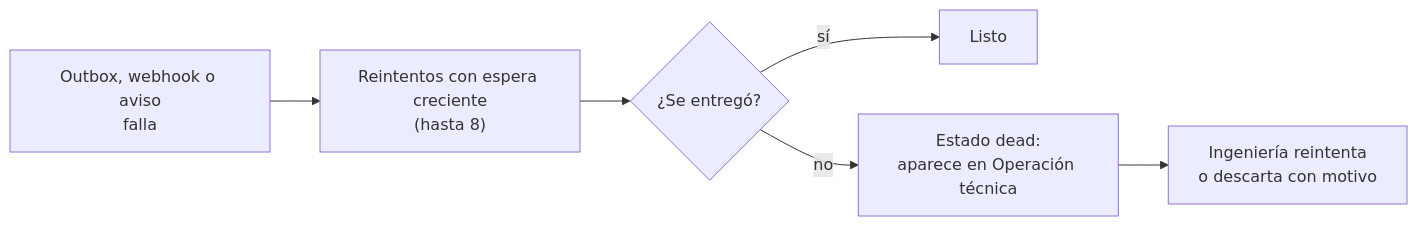
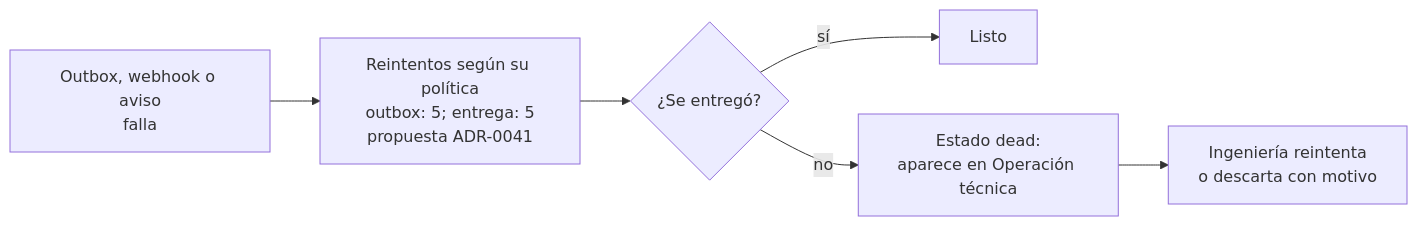
One commit to NexusThrive/nexusthrive changed the seventh of 7 diagrams in docs/02-arquitectura/plataforma/flujos.md. Above: the diagram before and after it, drawn with Mermaid. The commit also changed other lines of this file and 7 other files, not shown here.

````diff
--- a/docs/02-arquitectura/plataforma/flujos.md
+++ b/docs/02-arquitectura/plataforma/flujos.md
@@ -156,8 +158,8 @@
 ```mermaid
 flowchart LR
-    A["Outbox, webhook o aviso<br/>falla"] --> B["Reintentos con espera creciente<br/>(hasta 8)"]
+    A["Outbox, webhook o aviso<br/>falla"] --> B["Reintentos según su política<br/>outbox: 5; entrega: 5<br/>propuesta ADR-0041"]
     B --> C{"¿Se entregó?"}
     C -->|"sí"| D["Listo"]
     C -->|"no"| E["Estado dead:<br/>aparece en Operación técnica"]
     E --> F["Ingeniería reintenta<br/>o descarta con motivo"]
 ```
````
